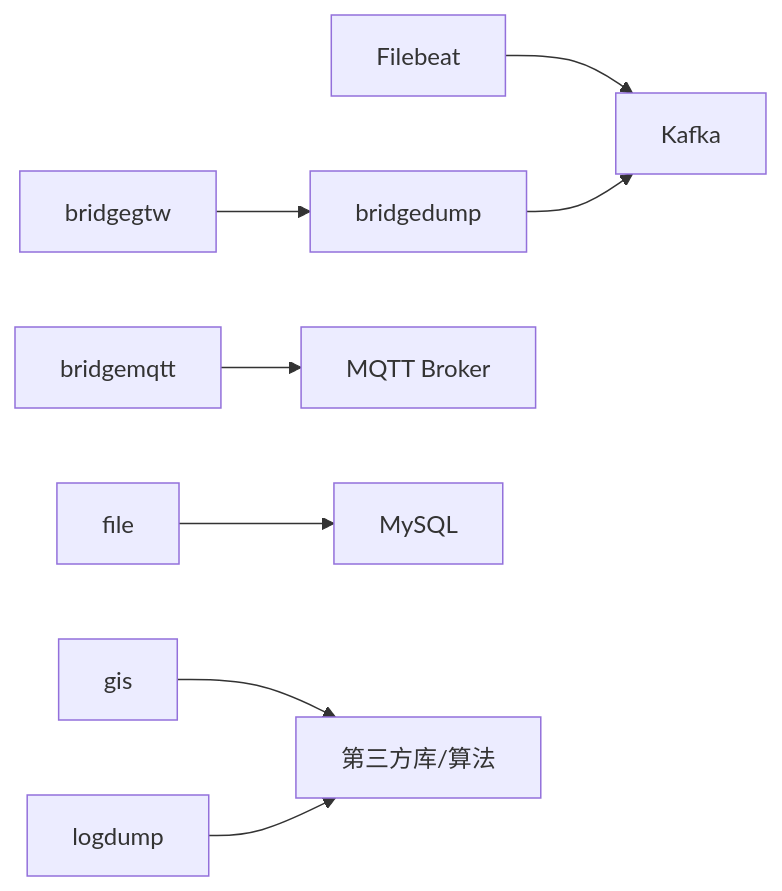
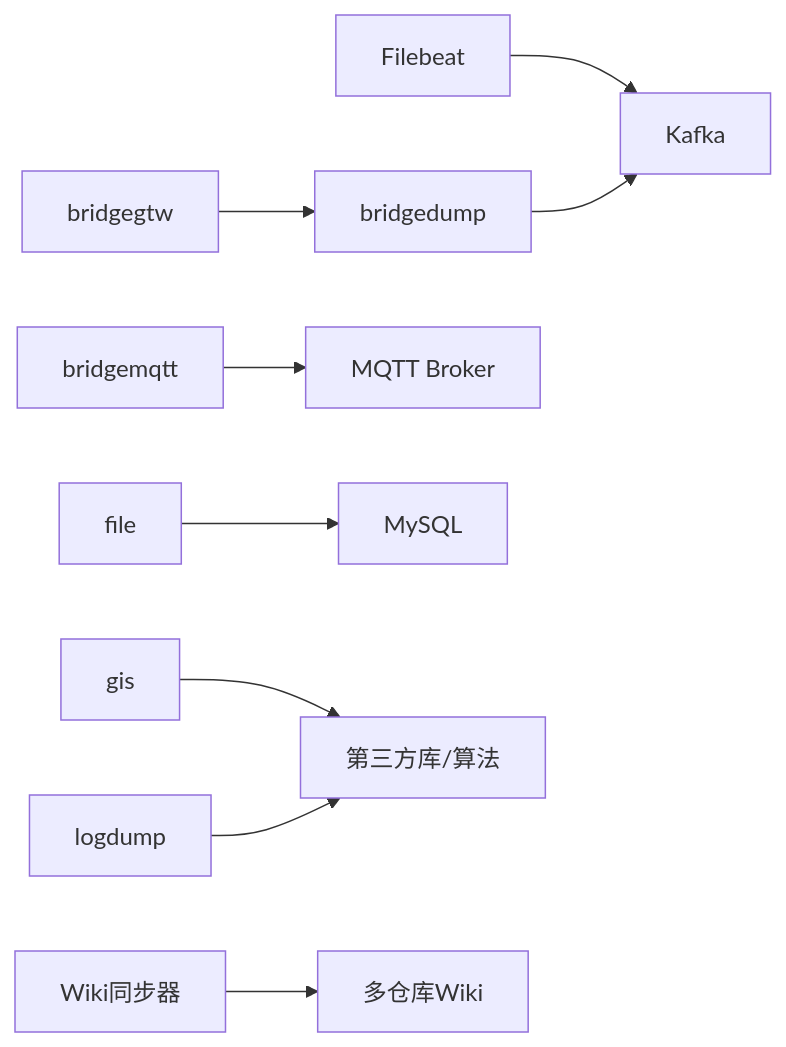
One commit to maomao94/zero-service changed the seventh of 7 diagrams in .qoder/repowiki/zh/content/部署与运维/部署与运维.md. Above: the diagram before and after it, drawn with Mermaid. The commit also changed other lines of this file and 8 other files, not shown here.

````diff
--- a/.qoder/repowiki/zh/content/部署与运维/部署与运维.md
+++ b/.qoder/repowiki/zh/content/部署与运维/部署与运维.md
@@ -314,10 +384,11 @@
 ```mermaid
 graph LR
 FB["Filebeat"] --> K["Kafka"]
 BDM["bridgedump"] --> K
 BGW["bridgegtw"] --> BDM
 BMQ["bridgemqtt"] --> MQ["MQTT Broker"]
 FIL["file"] --> DB["MySQL"]
 GIS["gis"] --> 外部["第三方库/算法"]
 LOG["logdump"] --> 外部
+SW["Wiki同步器"] --> WIKI["多仓库Wiki"]
 ```
````
